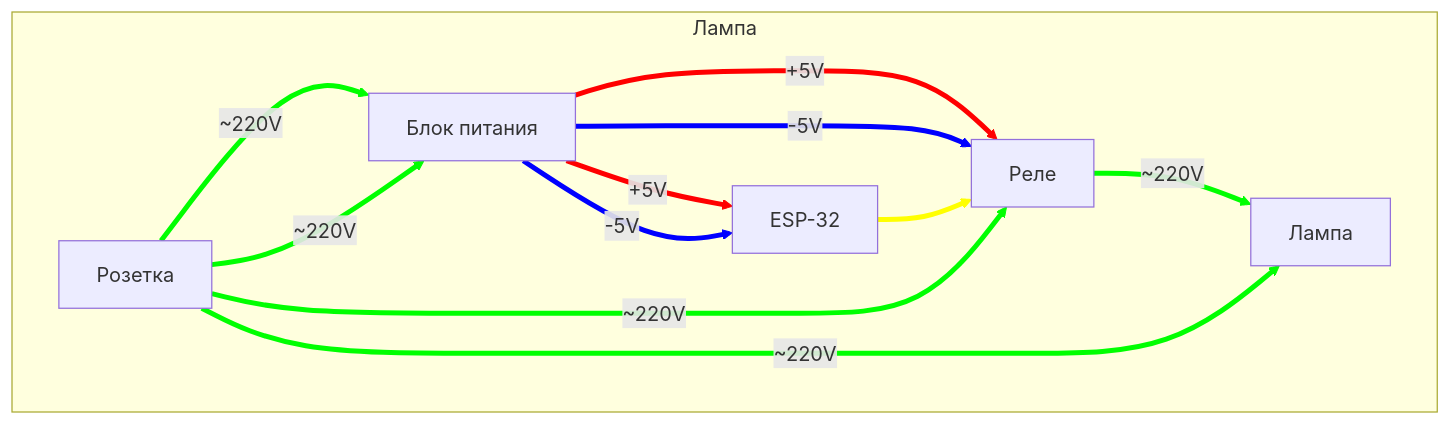
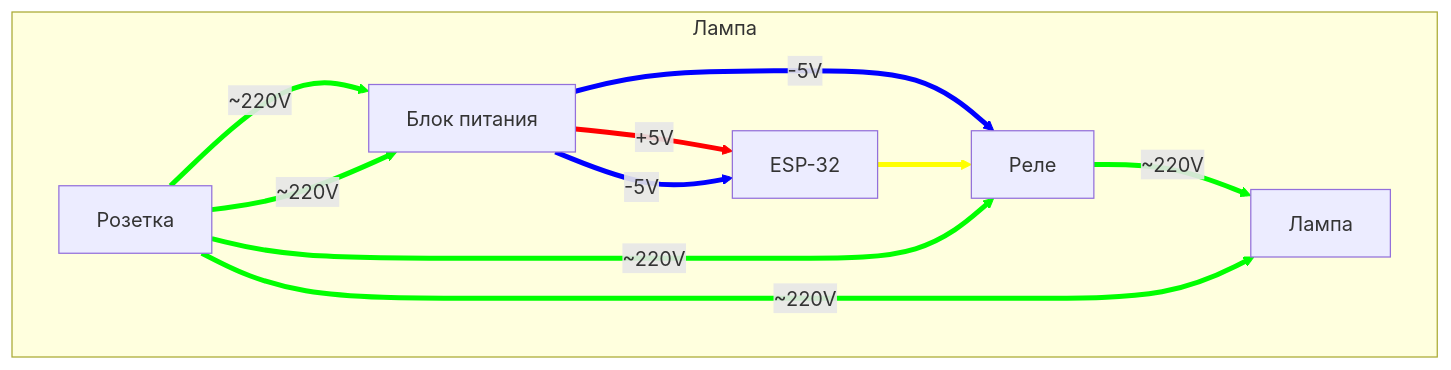
The fifth of 7 diagrams in slides.md (e-kucheriavyi/holy-spring-2026-home), drawn with Mermaid before and after one commit. The commit also changed other lines of this file and 9 other files, not shown here.

````diff
--- a/slides.md
+++ b/slides.md
@@ -560,27 +798,25 @@
 ```mermaid {scale: 0.9}
 %%{init: {'flowchart': {'curve': 'ortho'}}}%%
 flowchart TD
   subgraph "Лампа"
     Socket["Розетка"] -->|~220V| PS["Блок питания"]
     Socket -->|~220V| PS
     PS -->|+5V| ESP["ESP-32"]
     PS -->|-5V| ESP
-    PS -->|+5V| Relay["Реле"]
-    PS -->|-5V| Relay
+    PS -->|-5V| Relay["Реле"]
     ESP --> Relay
     Socket -->|~220V| Relay
     Relay -->|~220V| Lamp["Лампа"]
     Socket -->|~220V| Lamp
     linkStyle 0 stroke:#00ff00,stroke-width:4px;
     linkStyle 1 stroke:#00ff00,stroke-width:4px;
     linkStyle 2 stroke:#ff0000,stroke-width:4px;
     linkStyle 3 stroke:#0000ff,stroke-width:4px;
-    linkStyle 4 stroke:#ff0000,stroke-width:4px;
-    linkStyle 5 stroke:#0000ff,stroke-width:4px;
-    linkStyle 6 stroke:#ffff00,stroke-width:4px;
+    linkStyle 4 stroke:#0000ff,stroke-width:4px;
+    linkStyle 5 stroke:#ffff00,stroke-width:4px;
+    linkStyle 6 stroke:#00ff00,stroke-width:4px;
     linkStyle 7 stroke:#00ff00,stroke-width:4px;
     linkStyle 8 stroke:#00ff00,stroke-width:4px;
-    linkStyle 9 stroke:#00ff00,stroke-width:4px;
   end
 
 ```
````
